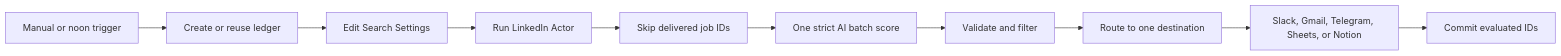
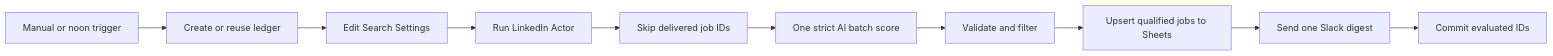
One commit to annamiy/fetchcat-n8n-workflows changed the diagram in workflows/linkedin-job-match-digest/README.md. Above: the diagram before and after it, drawn with Mermaid. The commit also changed other lines of this file and 6 other files, not shown here.

````diff
--- a/workflows/linkedin-job-match-digest/README.md
+++ b/workflows/linkedin-job-match-digest/README.md
@@ -36,12 +33,12 @@
 ```mermaid
 flowchart LR
   T[Manual or noon trigger] --> L[Create or reuse ledger]
   L --> C[Edit Search Settings]
   C --> A[Run LinkedIn Actor]
   A --> D[Skip delivered job IDs]
   D --> O[One strict AI batch score]
   O --> F[Validate and filter]
-  F --> R[Route to one destination]
-  R --> X[Slack, Gmail, Telegram, Sheets, or Notion]
+  F --> S[Upsert qualified jobs to Sheets]
+  S --> X[Send one Slack digest]
   X --> K[Commit evaluated IDs]
 ```
````
